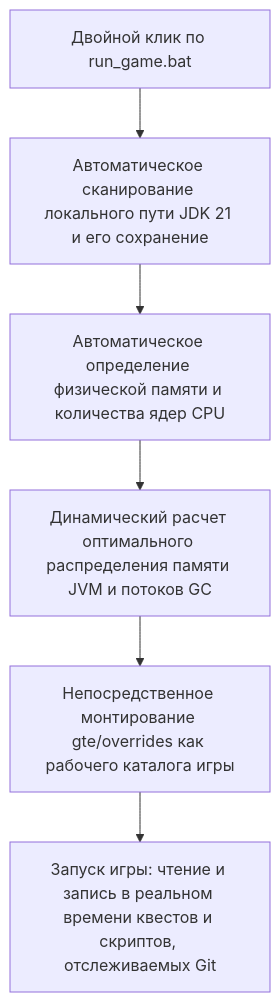
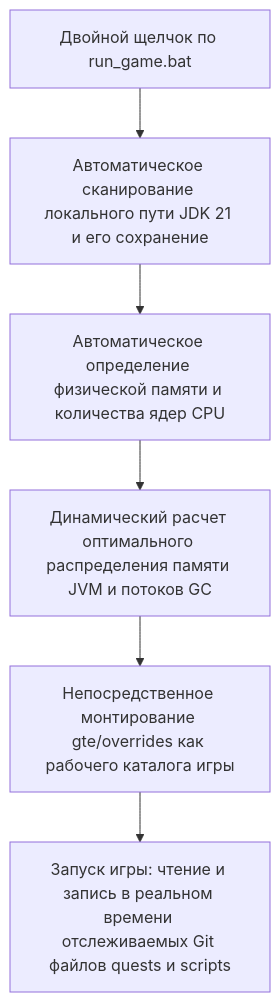
One commit to takanashisatou/GregtechEasy changed the diagram in docs/ru/development/runtime-and-launchers.md. Above: the diagram before and after it, drawn with Mermaid. The commit also changed other lines of this file and 138 other files, not shown here.

````diff
--- a/docs/ru/development/runtime-and-launchers.md
+++ b/docs/ru/development/runtime-and-launchers.md
@@ -11,8 +11,8 @@
 ```mermaid
 graph TD
-    A[Двойной клик по run_game.bat] --> B[Автоматическое сканирование локального пути JDK 21 и его сохранение]
+    A[Двойной щелчок по run_game.bat] --> B[Автоматическое сканирование локального пути JDK 21 и его сохранение]
     B --> C[Автоматическое определение физической памяти и количества ядер CPU]
     C --> D[Динамический расчет оптимального распределения памяти JVM и потоков GC]
     D --> E[Непосредственное монтирование gte/overrides как рабочего каталога игры]
-    E --> F[Запуск игры: чтение и запись в реальном времени квестов и скриптов, отслеживаемых Git]
+    E --> F[Запуск игры: чтение и запись в реальном времени отслеживаемых Git файлов quests и scripts]
 ```
````
